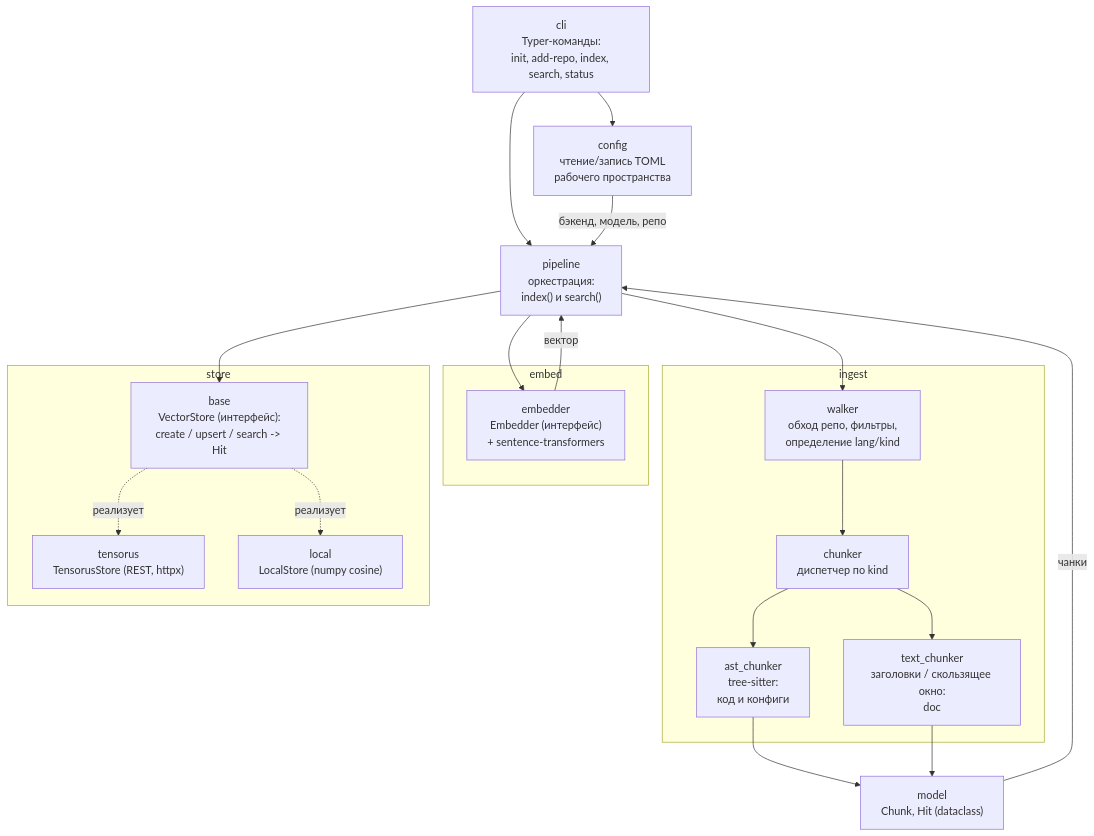
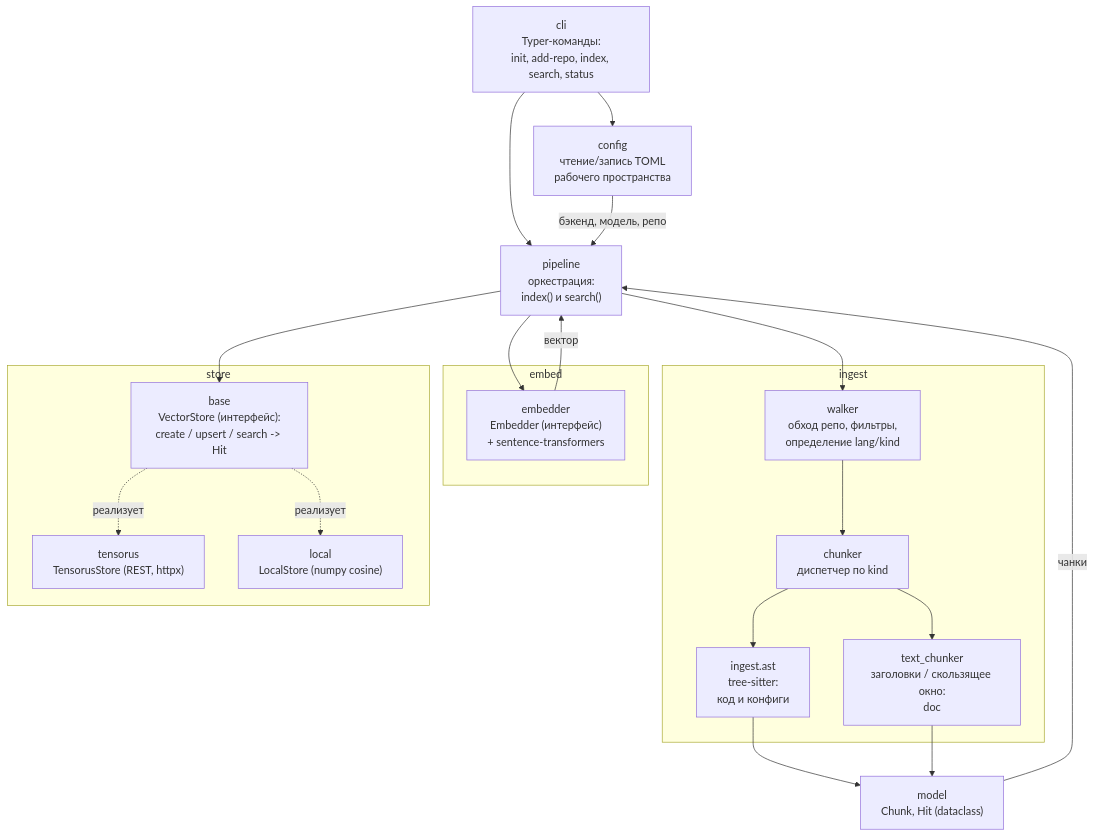
Before and after one commit to rmorenko/wsindex: the second of 4 diagrams in ARCH_ru.md, drawn with Mermaid. The commit also changed other lines of this file and 3 other files, not shown here.

````diff
--- a/ARCH_ru.md
+++ b/ARCH_ru.md
@@ -121,41 +121,41 @@
 ```mermaid
 graph TB
     cli["cli<br/>Typer-команды:<br/>init, add-repo, index, search, status"]
     config["config<br/>чтение/запись TOML<br/>рабочего пространства"]
     pipeline["pipeline<br/>оркестрация:<br/>index() и search()"]
 
     subgraph ingest["ingest"]
         walker["walker<br/>обход репо, фильтры,<br/>определение lang/kind"]
         chunker["chunker<br/>диспетчер по kind"]
-        ast_chunker["ast_chunker<br/>tree-sitter:<br/>код и конфиги"]
+        ast["ingest.ast<br/>tree-sitter:<br/>код и конфиги"]
         text_chunker["text_chunker<br/>заголовки / скользящее окно:<br/>doc"]
     end
 
     subgraph embed["embed"]
         embedder["embedder<br/>Embedder (интерфейс)<br/>+ sentence-transformers"]
     end
 
     subgraph store["store"]
         base["base<br/>VectorStore (интерфейс):<br/>create / upsert / search -> Hit"]
         tensorusstore["tensorus<br/>TensorusStore (REST, httpx)"]
         localstore["local<br/>LocalStore (numpy cosine)"]
     end
 
     model["model<br/>Chunk, Hit (dataclass)"]
 
     cli --> config
     cli --> pipeline
     pipeline --> walker
     walker --> chunker
-    chunker --> ast_chunker
+    chunker --> ast
     chunker --> text_chunker
-    ast_chunker --> model
+    ast --> model
     text_chunker --> model
     pipeline --> embedder
     pipeline --> base
     base -.реализует.-> tensorusstore
     base -.реализует.-> localstore
     embedder -->|вектор| pipeline
     model -->|чанки| pipeline
     config -->|бэкенд, модель, репо| pipeline
 ```
````
